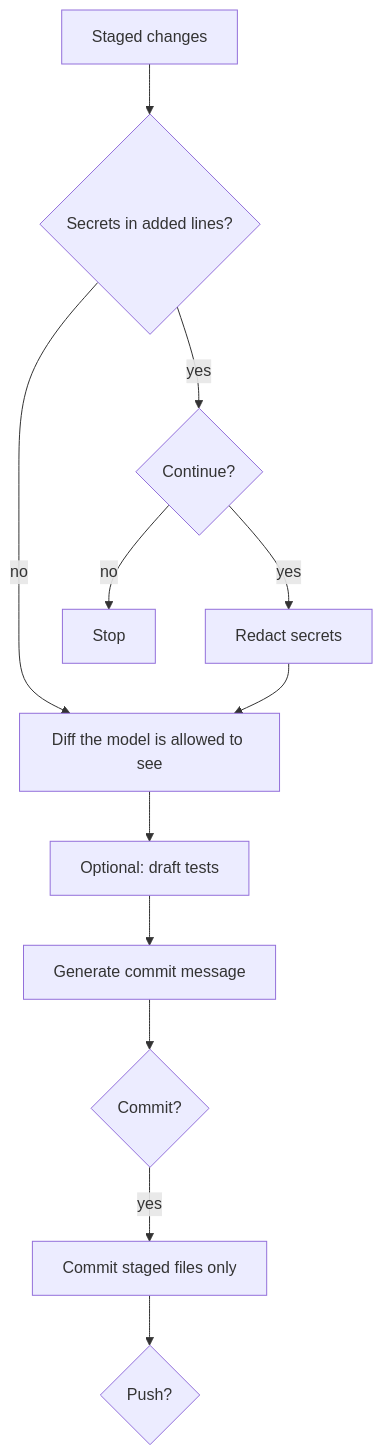
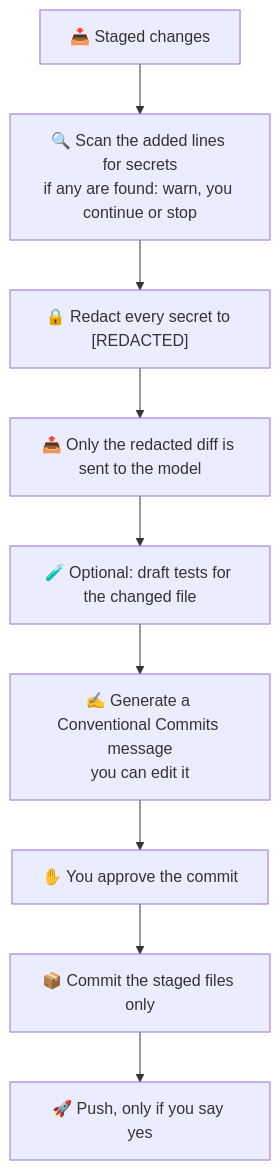
The diagram in README.md (santanusetu/ai-commit-guard), drawn with Mermaid before and after one commit.

Commit message:
Make the How it works flowchart a single vertical flow

````diff
--- a/README.md
+++ b/README.md
@@ -70,14 +70,11 @@
 ```mermaid
-flowchart TD
-    A[Staged changes] --> B{Secrets in added lines?}
-    B -- no --> D
-    B -- yes --> C{Continue?}
-    C -- no --> X[Stop]
-    C -- yes --> R[Redact secrets]
-    R --> D[Diff the model is allowed to see]
-    D --> T[Optional: draft tests]
-    T --> M[Generate commit message]
-    M --> E{Commit?}
-    E -- yes --> G[Commit staged files only]
-    G --> P{Push?}
+flowchart TB
+    A["📥 Staged changes"] --> B["🔍 Scan the added lines for secrets<br/>if any are found: warn, you continue or stop"]
+    B --> R["🔒 Redact every secret to [REDACTED]"]
+    R --> D["📤 Only the redacted diff is sent to the model"]
+    D --> T["🧪 Optional: draft tests for the changed file"]
+    T --> M["✍️ Generate a Conventional Commits message<br/>you can edit it"]
+    M --> E["✋ You approve the commit"]
+    E --> G["📦 Commit the staged files only"]
+    G --> P["🚀 Push, only if you say yes"]
 ```
````
